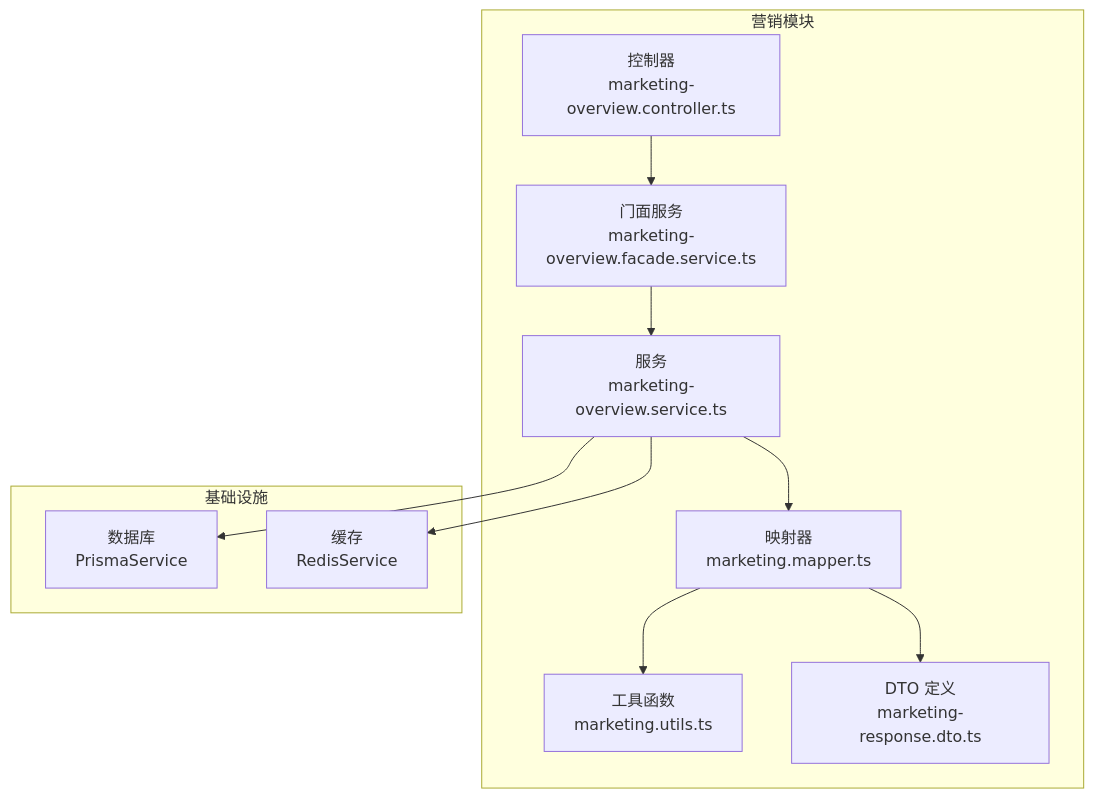
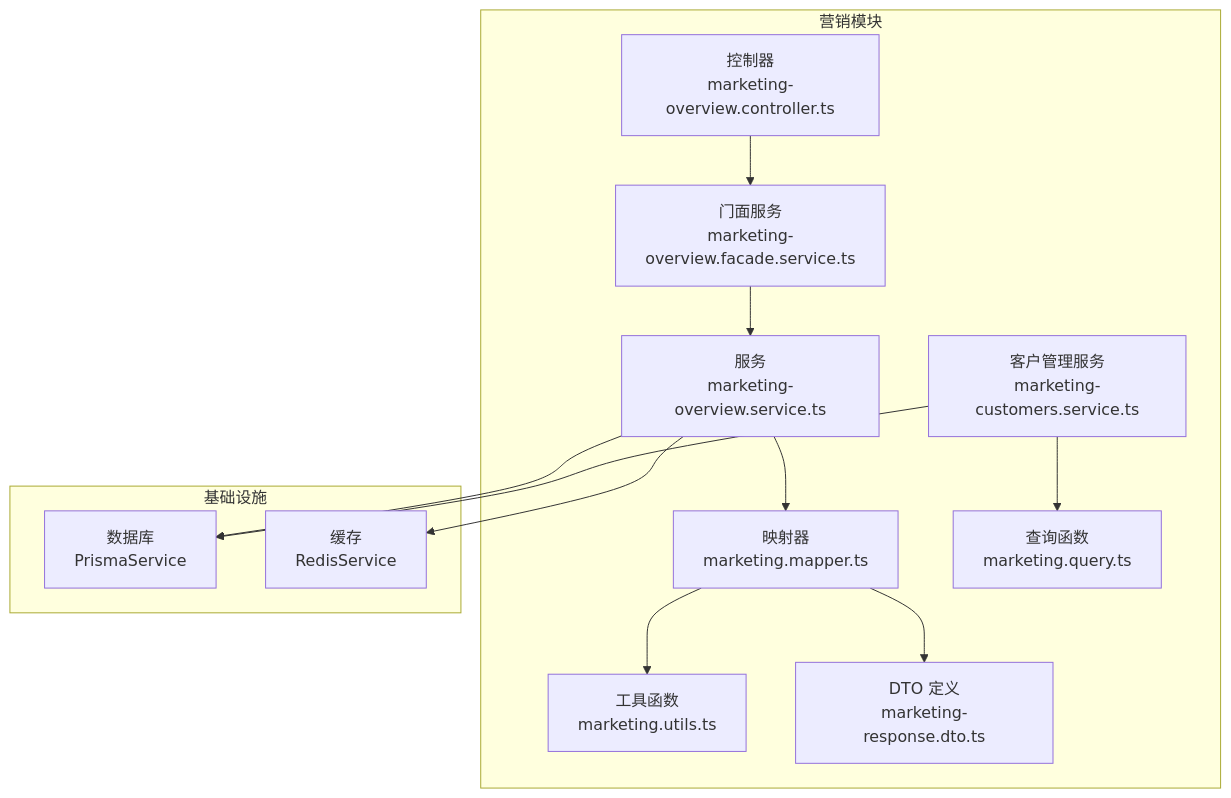
One commit to rc558620/purelyprofit-server changed the first of 5 diagrams in .qoder/repowiki/zh/content/业务模块/营销推广模块/客户概览.md. Above: the diagram before and after it, drawn with Mermaid. The commit also changed other lines of this file and 93 other files, not shown here.

````diff
--- a/.qoder/repowiki/zh/content/业务模块/营销推广模块/客户概览.md
+++ b/.qoder/repowiki/zh/content/业务模块/营销推广模块/客户概览.md
@@ -34,21 +44,25 @@
 ```mermaid
 graph TB
 subgraph "营销模块"
 C["控制器<br/>marketing-overview.controller.ts"]
 F["门面服务<br/>marketing-overview.facade.service.ts"]
 S["服务<br/>marketing-overview.service.ts"]
 M["映射器<br/>marketing.mapper.ts"]
 U["工具函数<br/>marketing.utils.ts"]
 D["DTO 定义<br/>marketing-response.dto.ts"]
+CS["客户管理服务<br/>marketing-customers.service.ts"]
+Q["查询函数<br/>marketing.query.ts"]
 end
 subgraph "基础设施"
 P["数据库<br/>PrismaService"]
 R["缓存<br/>RedisService"]
 end
 C --> F --> S
 S --> P
 S --> R
 S --> M
 M --> U
 M --> D
+CS --> Q
+CS --> P
 ```
````
